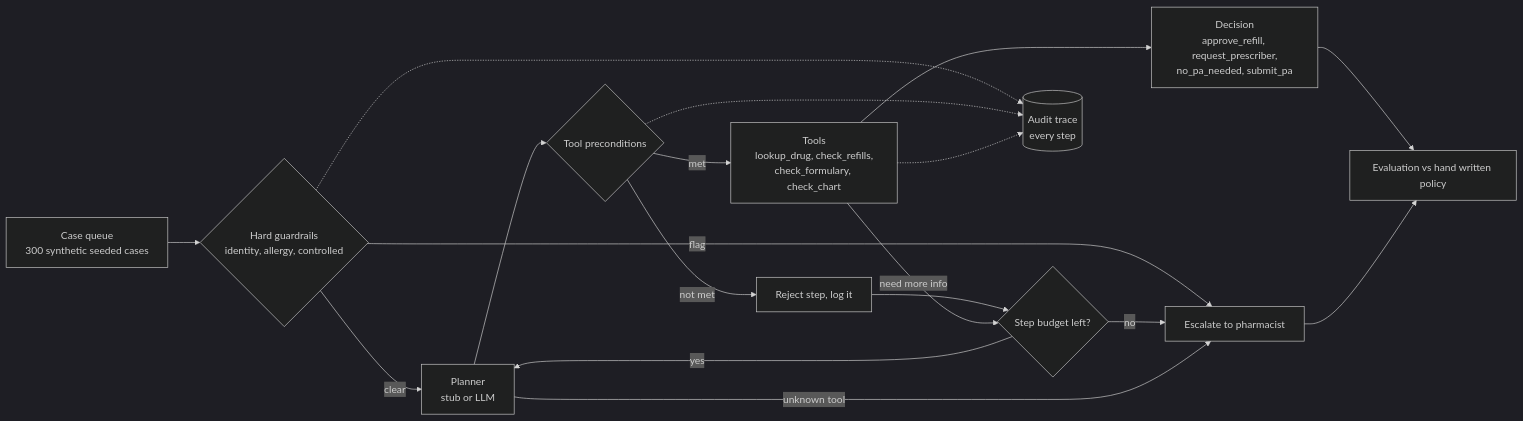
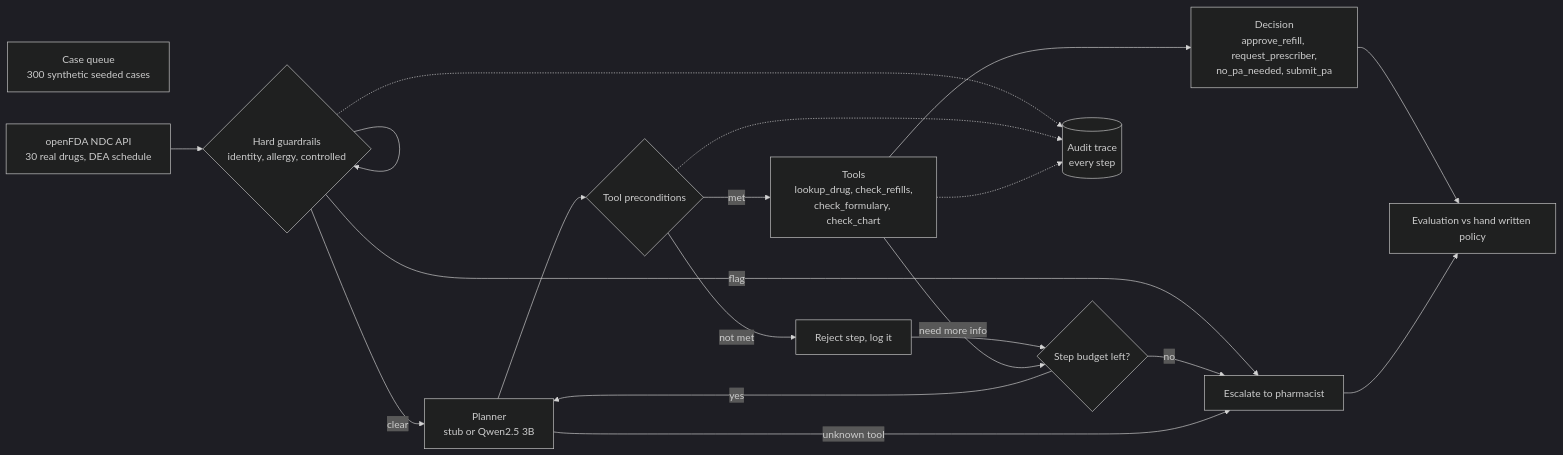
The diagram in README.md (manishreddy998/pharmacy-refill-prior-auth-agent), drawn with Mermaid (dark theme) before and after one commit. The commit also changed other lines of this file and 15 other files, not shown here.

Commit message:
Use real openFDA drug facts and run a local Qwen2.5 3B planner through the guardrails

````diff
--- a/README.md
+++ b/README.md
@@ -17,19 +17,20 @@
 ```mermaid
 flowchart LR
-  Q[Case queue<br/>300 synthetic seeded cases] --> G{Hard guardrails<br/>identity, allergy, controlled}
+  Q[Case queue<br/>300 synthetic seeded cases] 
+  FDA[openFDA NDC API<br/>30 real drugs, DEA schedule] --> G --> G{Hard guardrails<br/>identity, allergy, controlled}
   G -->|flag| E[Escalate to pharmacist]
-  G -->|clear| P[Planner<br/>stub or LLM]
+  G -->|clear| P[Planner<br/>stub or Qwen2.5 3B]
   P --> PC{Tool preconditions}
   PC -->|not met| R[Reject step, log it] --> B{Step budget left?}
   PC -->|met| T[Tools<br/>lookup_drug, check_refills,<br/>check_formulary, check_chart]
   T -->|need more info| B
   B -->|yes| P
   B -->|no| E
   P -->|unknown tool| E
   T --> D[Decision<br/>approve_refill, request_prescriber,<br/>no_pa_needed, submit_pa]
   G -.-> A[(Audit trace<br/>every step)]
   PC -.-> A
   T -.-> A
   D --> V[Evaluation vs hand written policy]
   E --> V
 ```
````
